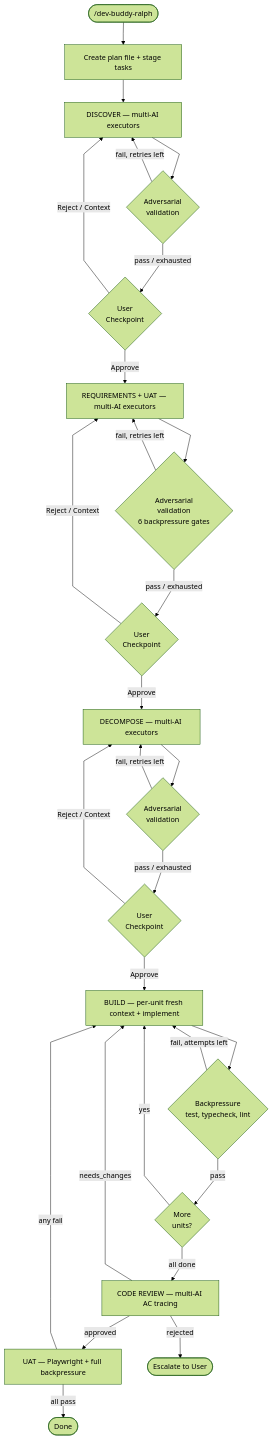
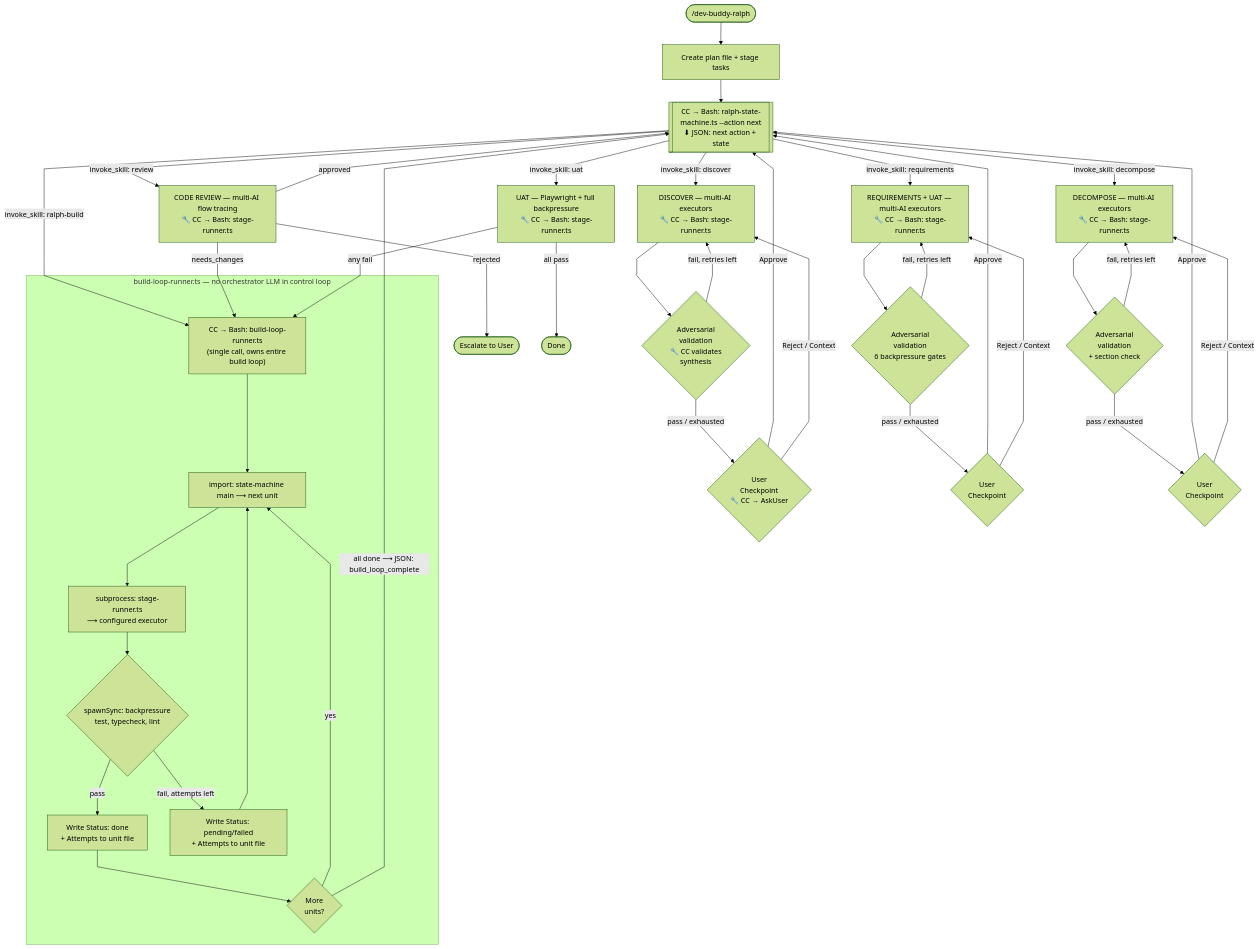
Before and after one commit to Z-M-Huang/vcp: the first of 2 diagrams in plugins/dev-buddy/README.md, drawn with Mermaid (forest theme). The commit also changed other lines of this file and 36 other files, not shown here.

First line of the commit message:
Ralph v0.5.0: centralized state machine, mechanical build loop, drift prevention, multi-executor dispatch

````diff
--- a/plugins/dev-buddy/README.md
+++ b/plugins/dev-buddy/README.md
@@ -27,47 +27,70 @@
 ```mermaid
 ---
 config:
   flowchart:
     curve: linear
 ---
 flowchart TD
     START(["/dev-buddy-ralph"]) --> INIT["Create plan file + stage tasks"]
-    INIT --> D
+    INIT --> Q1
 
-    D["DISCOVER — multi-AI executors"]
-    D --> D_VAL{"Adversarial<br/>validation"}
+    Q1[["CC → Bash: ralph-state-machine.ts --action next<br/>⬇ JSON: next action + state"]]
+
+    Q1 -->|"invoke_skill: discover"| D
+    D["DISCOVER — multi-AI executors<br/>🔧 CC → Bash: stage-runner.ts"]
+    D --> D_VAL{"Adversarial<br/>validation<br/>🔧 CC validates<br/>synthesis"}
     D_VAL -->|fail, retries left| D
-    D_VAL -->|pass / exhausted| D_UC{"User<br/>Checkpoint"}
-    D_UC -->|Approve| R
+    D_VAL -->|pass / exhausted| D_UC{"User<br/>Checkpoint<br/>🔧 CC → AskUser"}
+    D_UC -->|Approve| Q1
     D_UC -->|Reject / Context| D
 
-    R["REQUIREMENTS + UAT — multi-AI executors"]
+    Q1 -->|"invoke_skill: requirements"| R
+    R["REQUIREMENTS + UAT — multi-AI executors<br/>🔧 CC → Bash: stage-runner.ts"]
     R --> R_VAL{"Adversarial<br/>validation<br/>6 backpressure gates"}
     R_VAL -->|fail, retries left| R
     R_VAL -->|pass / exhausted| R_UC{"User<br/>Checkpoint"}
-    R_UC -->|Approve| DC
+    R_UC -->|Approve| Q1
     R_UC -->|Reject / Context| R
 
-    DC["DECOMPOSE — multi-AI executors"]
-    DC --> DC_VAL{"Adversarial<br/>validation"}
+    Q1 -->|"invoke_skill: decompose"| DC
+    DC["DECOMPOSE — multi-AI executors<br/>🔧 CC → Bash: stage-runner.ts"]
+    DC --> DC_VAL{"Adversarial<br/>validation<br/>+ section check"}
     DC_VAL -->|fail, retries left| DC
     DC_VAL -->|pass / exhausted| DC_UC{"User<br/>Checkpoint"}
-    DC_UC -->|Approve| BUILD
+    DC_UC -->|Approve| Q1
     DC_UC -->|Reject / Context| DC
 
-    BUILD["BUILD — per-unit fresh context + implement"]
-    BUILD --> BP{"Backpressure<br/>test, typecheck, lint"}
-    BP -->|fail, attempts left| BUILD
-    BP -->|pass| MORE{"More<br/>units?"}
-    MORE -->|yes| BUILD
-    MORE -->|all done| CR
+    Q1 -->|"invoke_skill: ralph-build"| BUILD_ENTRY
 
-    CR["CODE REVIEW — multi-AI AC tracing"]
-    CR -->|approved| UAT
-    CR -->|needs_changes| BUILD
+    subgraph BUILD_MECHANICAL["build-loop-runner.ts — no orchestrator LLM in control loop"]
+        BUILD_ENTRY["CC → Bash: build-loop-runner.ts<br/>(single call, owns entire build loop)"]
+        B_SM["import: state-machine main ⟶ next unit"]
+        B_DISPATCH["subprocess: stage-runner.ts<br/>⟶ configured executor"]
+        B_BP{"spawnSync: backpressure<br/>test, typecheck, lint"}
+        B_WRITE_PASS["Write Status: done<br/>+ Attempts to unit file"]
+        B_WRITE_FAIL["Write Status: pending/failed<br/>+ Attempts to unit file"]
+        B_MORE{"More<br/>units?"}
+
+        BUILD_ENTRY --> B_SM
+        B_SM --> B_DISPATCH
+        B_DISPATCH --> B_BP
+        B_BP -->|fail, attempts left| B_WRITE_FAIL
+        B_WRITE_FAIL --> B_SM
+        B_BP -->|pass| B_WRITE_PASS
+        B_WRITE_PASS --> B_MORE
+        B_MORE -->|yes| B_SM
+    end
+
+    B_MORE -->|"all done ⟶ JSON: build_loop_complete"| Q1
+
+    Q1 -->|"invoke_skill: review"| CR
+    CR["CODE REVIEW — multi-AI flow tracing<br/>🔧 CC → Bash: stage-runner.ts"]
+    CR -->|approved| Q1
+    CR -->|needs_changes| BUILD_ENTRY
     CR -->|rejected| STOP([Escalate to User])
 
-    UAT["UAT — Playwright + full backpressure"]
+    Q1 -->|"invoke_skill: uat"| UAT
+    UAT["UAT — Playwright + full backpressure<br/>🔧 CC → Bash: stage-runner.ts"]
     UAT -->|all pass| DONE([Done])
-    UAT -->|any fail| BUILD
+    UAT -->|any fail| BUILD_ENTRY
 ```
````
